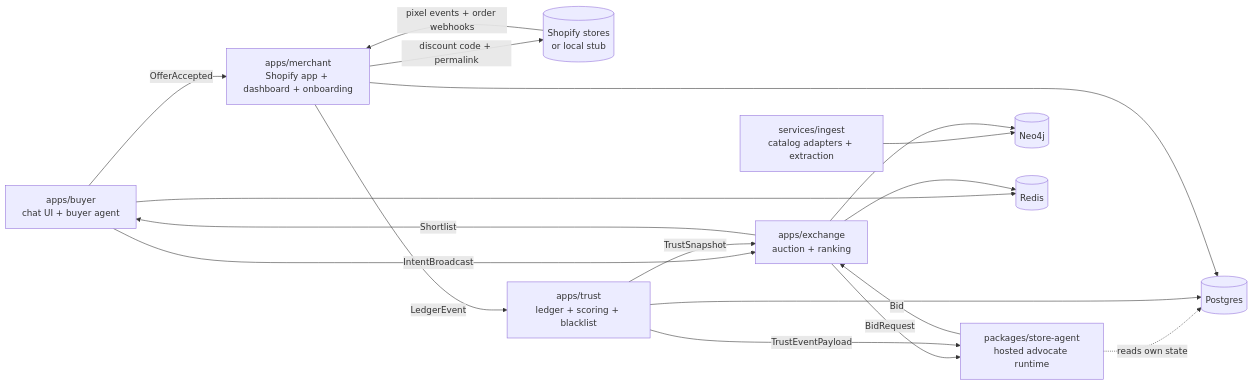
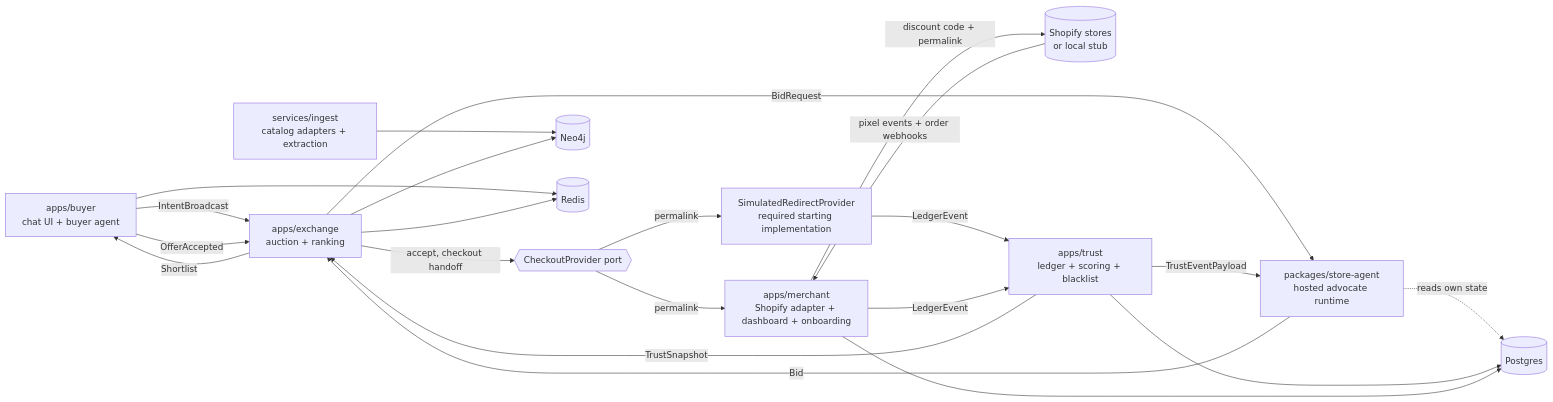
One commit to HankH18/proxyshop changed the diagram in DESIGN.md. Above: the diagram before and after it, drawn with Mermaid. The commit also changed other lines of this file and 5 other files, not shown here.

````diff
--- a/DESIGN.md
+++ b/DESIGN.md
@@ -7,20 +7,24 @@
 ```mermaid
 graph LR
   BUY[apps/buyer<br/>chat UI + buyer agent] -->|IntentBroadcast| EXC[apps/exchange<br/>auction + ranking]
   EXC -->|BidRequest| SA[packages/store-agent<br/>hosted advocate runtime]
   SA -->|Bid| EXC
   EXC -->|Shortlist| BUY
-  BUY -->|OfferAccepted| MER[apps/merchant<br/>Shopify app + dashboard + onboarding]
+  BUY -->|OfferAccepted| EXC
+  EXC -->|accept, checkout handoff| CKP{{CheckoutProvider port}}
+  CKP -->|permalink| SIM[SimulatedRedirectProvider<br/>required starting implementation]
+  CKP -->|permalink| MER[apps/merchant<br/>Shopify adapter + dashboard + onboarding]
   MER -->|discount code + permalink| SHOP[(Shopify stores<br/>or local stub)]
   SHOP -->|pixel events + order webhooks| MER
-  MER -->|LedgerEvent| TRU[apps/trust<br/>ledger + scoring + blacklist]
+  SIM -->|LedgerEvent| TRU[apps/trust<br/>ledger + scoring + blacklist]
+  MER -->|LedgerEvent| TRU
   TRU -->|TrustSnapshot| EXC
   TRU -->|TrustEventPayload| SA
   ING[services/ingest<br/>catalog adapters + extraction] --> NEO[(Neo4j)]
   EXC --> NEO
   SA -.reads own state.-> PG[(Postgres)]
   TRU --> PG
   MER --> PG
   BUY --> RED[(Redis)]
   EXC --> RED
 ```
````
